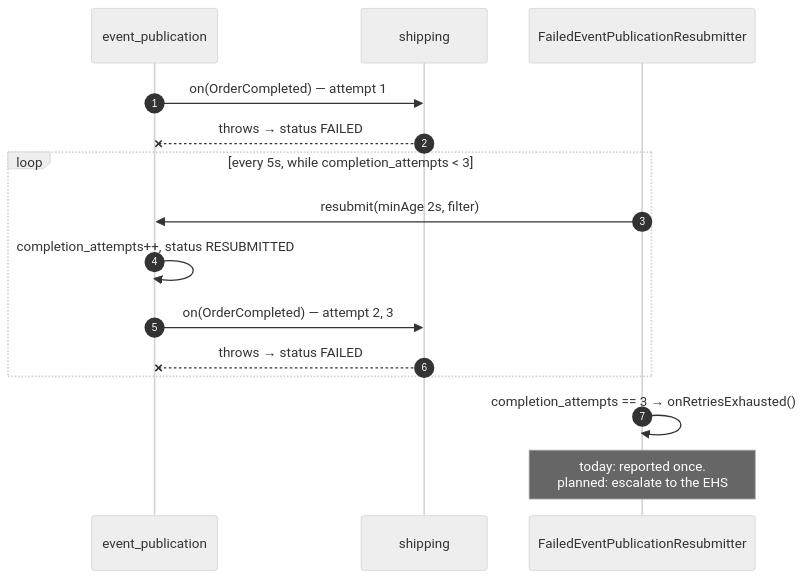
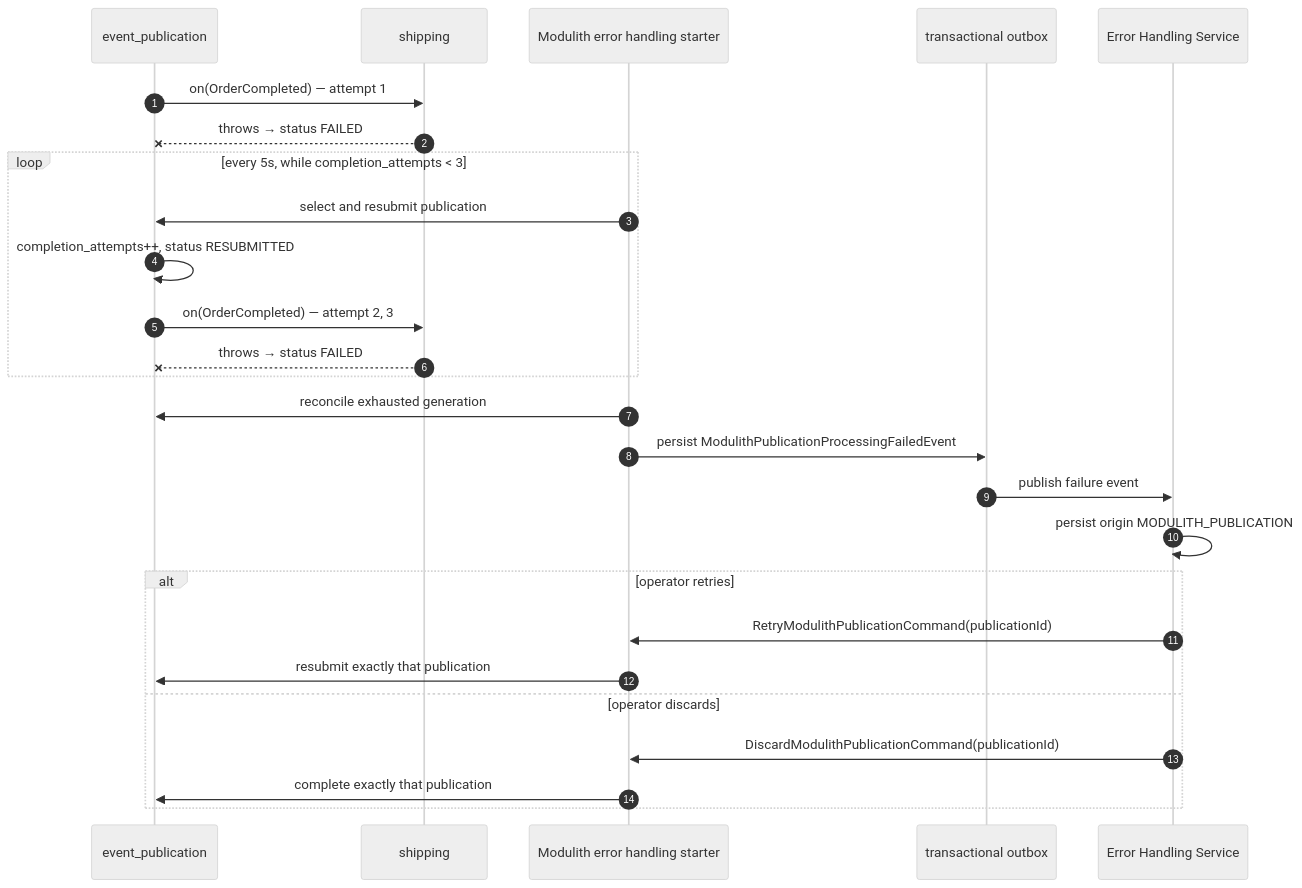
The fifth of 5 diagrams in docs/architecture.md (jme-admin-ch/jme-spring-modulith-example), drawn with Mermaid (neutral theme) before and after one commit. The commit also changed other lines of this file and 21 other files, not shown here.

Commit message:
JEAP-7447 Integrate Modulith error handling example

````diff
--- a/docs/architecture.md
+++ b/docs/architecture.md
@@ -184,20 +186,31 @@
 ```mermaid
 sequenceDiagram
     autonumber
     participant REG as event_publication
     participant SHI as shipping
-    participant RS as FailedEventPublicationResubmitter
+    participant ST as Modulith error handling starter
+    participant OB as transactional outbox
+    participant EHS as Error Handling Service
 
     REG->>SHI: on(OrderCompleted) — attempt 1
     SHI--xREG: throws → status FAILED
 
     loop every 5s, while completion_attempts < 3
-        RS->>REG: resubmit(minAge 2s, filter)
+        ST->>REG: select and resubmit publication
         REG->>REG: completion_attempts++, status RESUBMITTED
         REG->>SHI: on(OrderCompleted) — attempt 2, 3
         SHI--xREG: throws → status FAILED
     end
 
-    RS->>RS: completion_attempts == 3 → onRetriesExhausted()
-    Note over RS: today: reported once.<br/>planned: escalate to the EHS
+    ST->>REG: reconcile exhausted generation
+    ST->>OB: persist ModulithPublicationProcessingFailedEvent
+    OB->>EHS: publish failure event
+    EHS->>EHS: persist origin MODULITH_PUBLICATION
+    alt operator retries
+        EHS->>ST: RetryModulithPublicationCommand(publicationId)
+        ST->>REG: resubmit exactly that publication
+    else operator discards
+        EHS->>ST: DiscardModulithPublicationCommand(publicationId)
+        ST->>REG: complete exactly that publication
+    end
 ```
````
